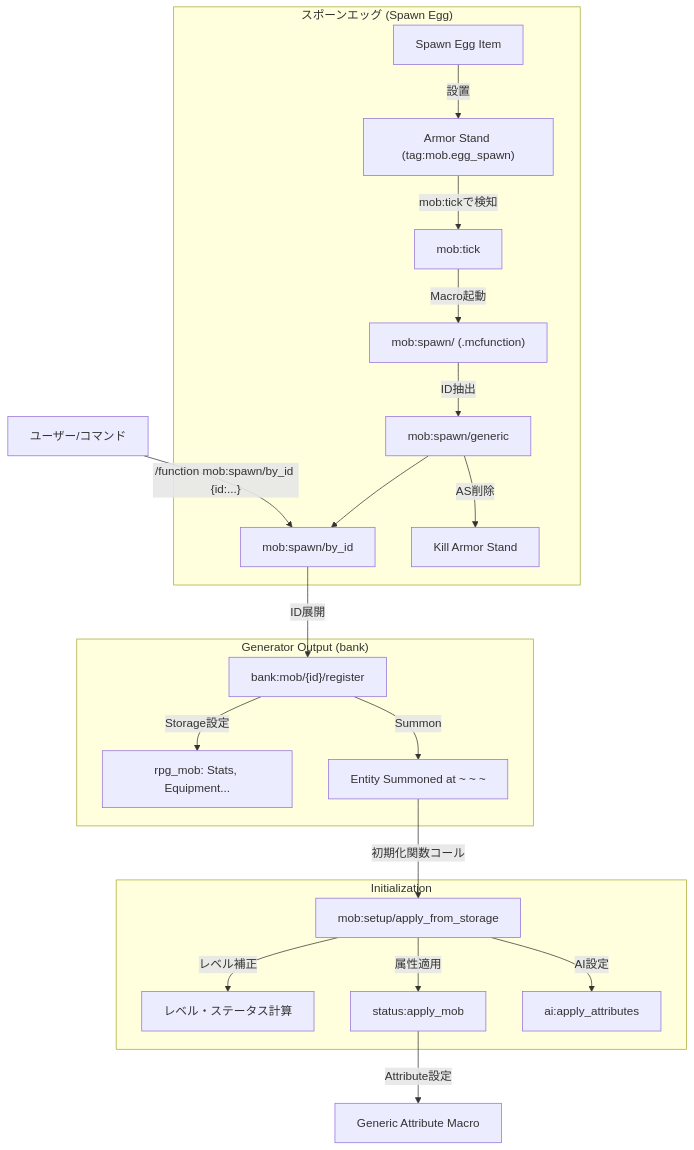
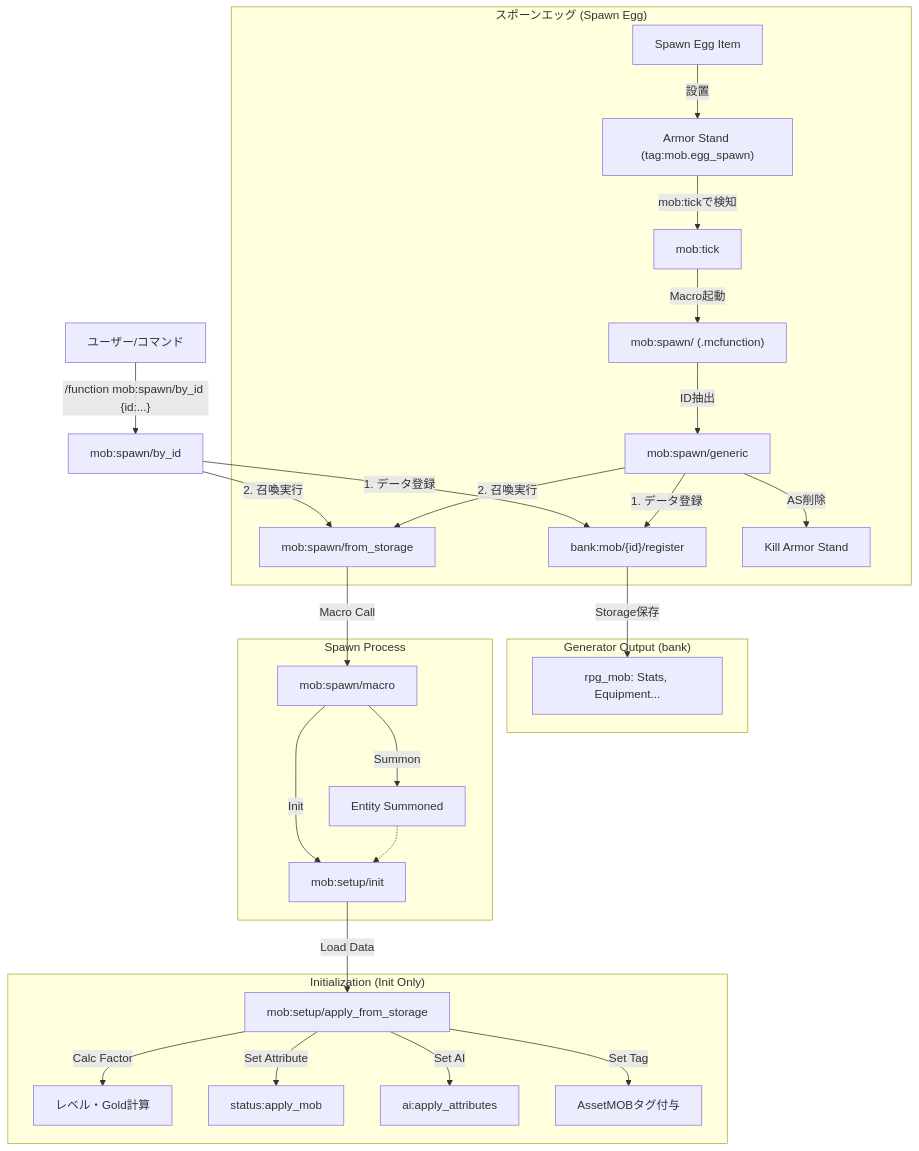
The second of 2 diagrams in Flow.md (Avuorina/MinecraftLikeRPG), drawn with Mermaid before and after one commit. The commit also changed other lines of this file and 18 other files, not shown here.

Commit message:
🔧Revising MOB stat settings

````diff
--- a/Flow.md
+++ b/Flow.md
@@ -54,29 +44,36 @@
 ```mermaid
 graph TD
     User["ユーザー/コマンド"] -->|"/function mob:spawn/by_id {id:...}"| SpawnMacro["mob:spawn/by_id"]
-    SpawnMacro -->|ID展開| Register["bank:mob/{id}/register"]
+    SpawnMacro -->|1. データ登録| Register["bank:mob/{id}/register"]
+    SpawnMacro -->|2. 召喚実行| FromStorage["mob:spawn/from_storage"]
 
     subgraph "スポーンエッグ (Spawn Egg)"
         Item["Spawn Egg Item"] -->|設置| AS["Armor Stand (tag:mob.egg_spawn)"]
         AS -->|mob:tickで検知| Tick["mob:tick"]
         Tick -->|Macro起動| EggMacro["mob:spawn/ (.mcfunction)"]
         EggMacro -->|ID抽出| Generic["mob:spawn/generic"]
+        Generic -->|1. データ登録| Register
+        Generic -->|2. 召喚実行| FromStorage
         Generic -->|AS削除| Kill["Kill Armor Stand"]
-        Generic --> SpawnMacro
     end
     
     subgraph "Generator Output (bank)"
-        Register -->|Storage設定| Data["rpg_mob: Stats, Equipment..."]
-        Register -->|Summon| Entity["Entity Summoned at ~ ~ ~"]
+        Register -->|Storage保存| Data["rpg_mob: Stats, Equipment..."]
     end
     
-    Entity -->|初期化関数コール| Setup["mob:setup/apply_from_storage"]
-    
-    subgraph "Initialization"
-        Setup -->|レベル補正| LevelCalc["レベル・ステータス計算"]
-        Setup -->|属性適用| Status["status:apply_mob"]
-        Setup -->|AI設定| AI["ai:apply_attributes"]
+    subgraph "Spawn Process"
+        FromStorage -->|Macro Call| SummonMacro["mob:spawn/macro"]
+        SummonMacro -->|Summon| Entity["Entity Summoned"]
+        SummonMacro -->|Init| Setup["mob:setup/init"]
     end
     
-    Status -->|Attribute設定| Attr["Generic Attribute Macro"]
+    Entity -.-> Setup
+
+    subgraph "Initialization (Init Only)"
+        Setup -->|Load Data| Apply["mob:setup/apply_from_storage"]
+        Apply -->|Calc Factor| LevelCalc["レベル・Gold計算"]
+        Apply -->|Set Attribute| MobStat["status:apply_mob"]
+        Apply -->|Set AI| AI["ai:apply_attributes"]
+        Apply -->|Set Tag| Asset["AssetMOBタグ付与"]
+    end
 ```
````
